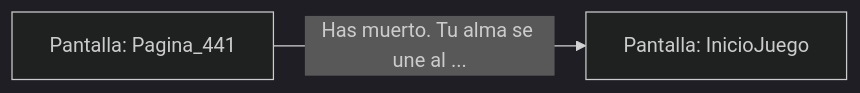
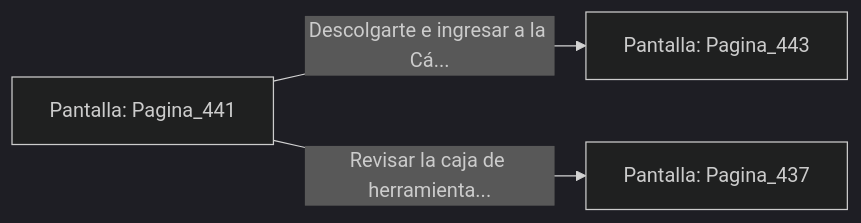
One commit to metsuke/mpl changed the diagram in sample/eligejuego-vault/Pantalla_Pagina_441.md. Above: the diagram before and after it, drawn with Mermaid (dark theme). The commit also changed other lines of this file and 635 other files, not shown here.

First line of the commit message:
fix: añadir Pagina_1 como pantalla inicial en capitulo_01.mpl

````diff
--- a/sample/eligejuego-vault/Pantalla_Pagina_441.md
+++ b/sample/eligejuego-vault/Pantalla_Pagina_441.md
@@ -17,5 +24,6 @@
 ```mermaid
 graph LR
     P_Pagina_441["Pantalla: Pagina_441"]
-    P_Pagina_441 -->|"Has muerto. Tu alma se une al ..."| P_InicioJuego["Pantalla: InicioJuego"]
+    P_Pagina_441 -->|"Descolgarte e ingresar a la Cá..."| P_Pagina_443["Pantalla: Pagina_443"]
+    P_Pagina_441 -->|"Revisar la caja de herramienta..."| P_Pagina_437["Pantalla: Pagina_437"]
 ```
````
